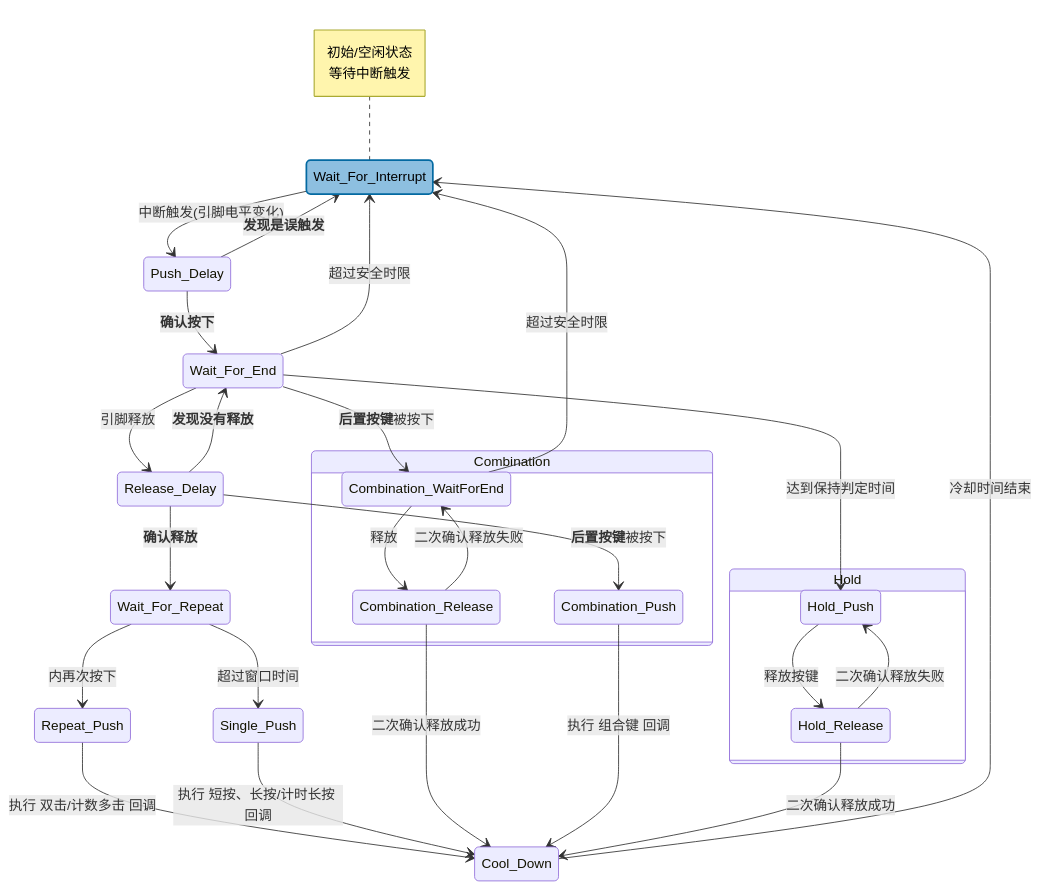
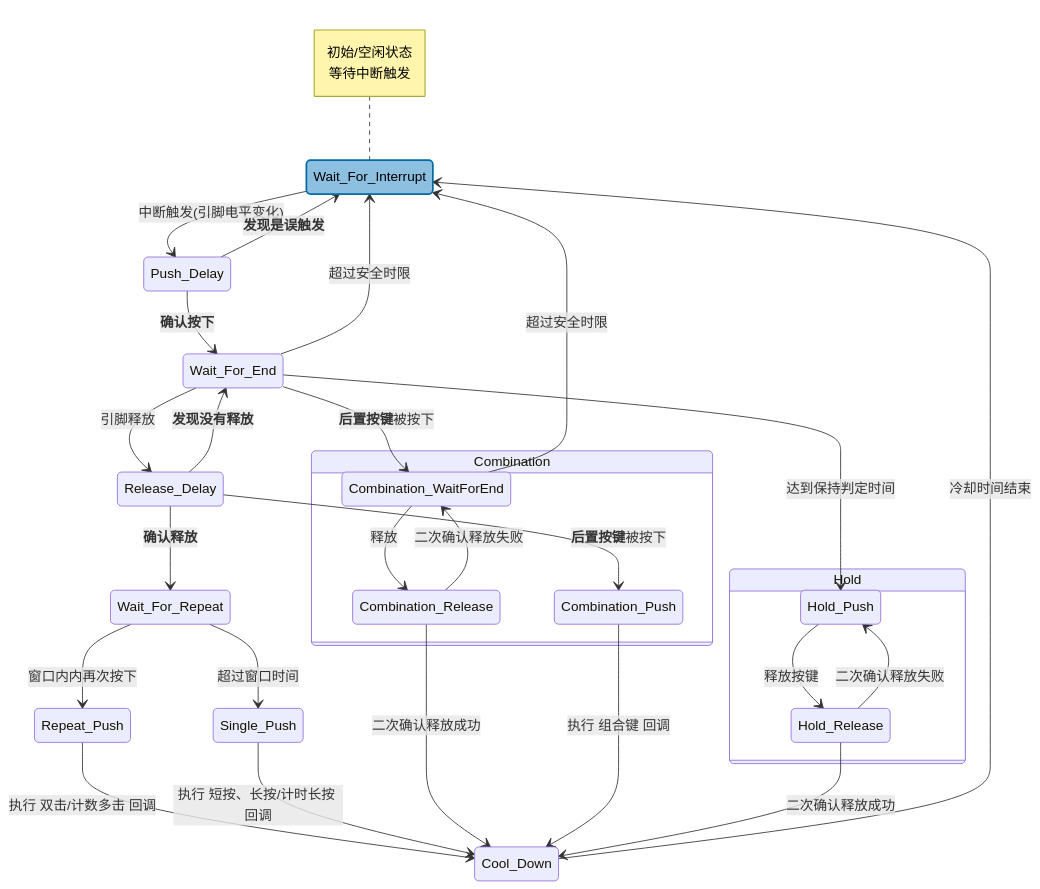
The diagram in README_zh.md (Kim-J-Smith/Simple-Button), drawn with Mermaid before and after one commit. The commit also changed other lines of this file and 1 other file, not shown here.

````diff
--- a/README_zh.md
+++ b/README_zh.md
@@ -661,58 +663,58 @@
 ```mermaid
 
 stateDiagram-v2
 
     classDef Begin_Point_State fill: #8dbfe0ff,stroke:#0369a1,stroke-width:2px,color:black
     class Wait_For_Interrupt Begin_Point_State
     
     %% 核心状态转换流程
     Wait_For_Interrupt --> Push_Delay: 中断触发(引脚电平变化)
     Push_Delay --> Wait_For_End: **确认按下**
     Push_Delay --> Wait_For_Interrupt: **发现是误触发**
     Wait_For_End --> Release_Delay: 引脚释放
     Release_Delay --> Wait_For_End: **发现没有释放**
     Release_Delay --> Wait_For_Repeat: **确认释放**
-    Wait_For_Repeat --> Repeat_Push: 内再次按下
+    Wait_For_Repeat --> Repeat_Push: 窗口内内再次按下
     Wait_For_Repeat --> Single_Push: 超过窗口时间
     Repeat_Push --> Cool_Down: 执行 双击/计数多击 回调
     Single_Push --> Cool_Down: 执行 短按、长按/计时长按 回调
     Cool_Down --> Wait_For_Interrupt: 冷却时间结束
     
     %% 组合键状态转换（可选）
 
     Wait_For_End --> Combination_WaitForEnd: **后置按键**被按下
 
     state Combination {
         Combination_WaitForEnd
         Combination_Release
         Combination_Push
     }
 
     Combination_WaitForEnd --> Combination_Release: 释放
     Combination_Release --> Combination_WaitForEnd: 二次确认释放失败
     Combination_Release --> Cool_Down: 二次确认释放成功
 
     Release_Delay --> Combination_Push: **后置按键**被按下
     Combination_Push --> Cool_Down: 执行 组合键 回调
 
     state Hold {
         Hold_Push
         Hold_Release
     }
 
     Wait_For_End --> Hold_Push: 达到保持判定时间
     Hold_Push --> Hold_Release: 释放按键
     Hold_Release --> Hold_Push: 二次确认释放失败
     Hold_Release --> Cool_Down: 二次确认释放成功
 
     %% 错误处理/安全机制
     Wait_For_End --> Wait_For_Interrupt: 超过安全时限
     Combination_WaitForEnd --> Wait_For_Interrupt: 超过安全时限
     
     %% 状态说明
     note left of Wait_For_Interrupt
         初始/空闲状态
         等待中断触发
     end note
 
 ```
````
